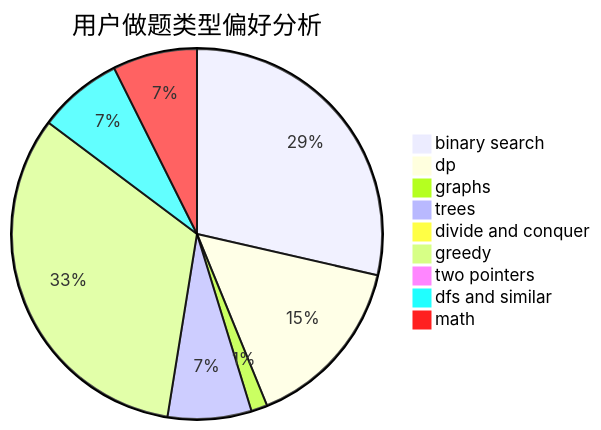
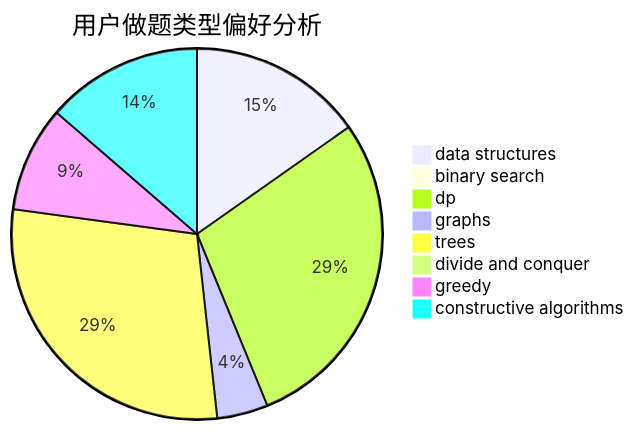
One commit to sherpahu/cfrs.github.io changed the second of 3 diagrams in docs/user/u2679.md. Above: the diagram before and after it, drawn with Mermaid. The commit also changed other lines of this file and 2775 other files, not shown here.

````diff
--- a/docs/user/u2679.md
+++ b/docs/user/u2679.md
@@ -23,12 +23,11 @@
 ```mermaid
 pie title 用户做题类型偏好分析
-    "binary search" :  403
-    "dp" :  215
-    "graphs" :  20
-    "trees" :  103
+    "data structures" :  48
+    "binary search" :  0
+    "dp" :  90
+    "graphs" :  14
+    "trees" :  91
     "divide and conquer" :  0
-    "greedy" :  461
-    "two pointers" :  4
-    "dfs and similar" :  104
-    "math" :  104
+    "greedy" :  29
+    "constructive algorithms" :  43
 ```
````
